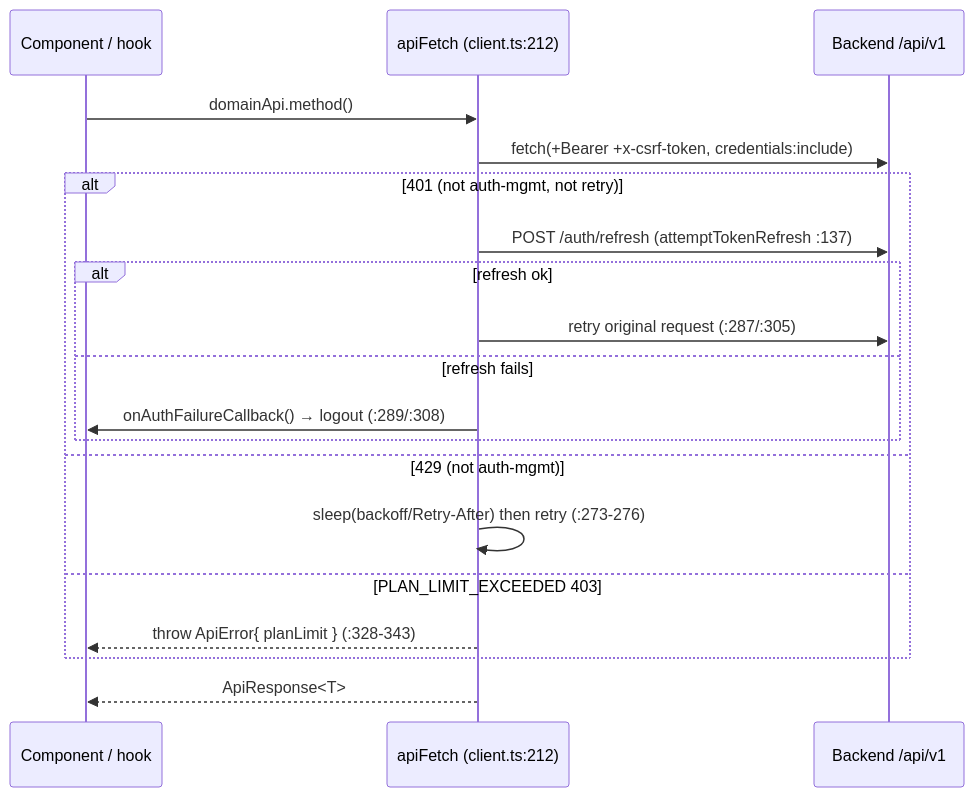
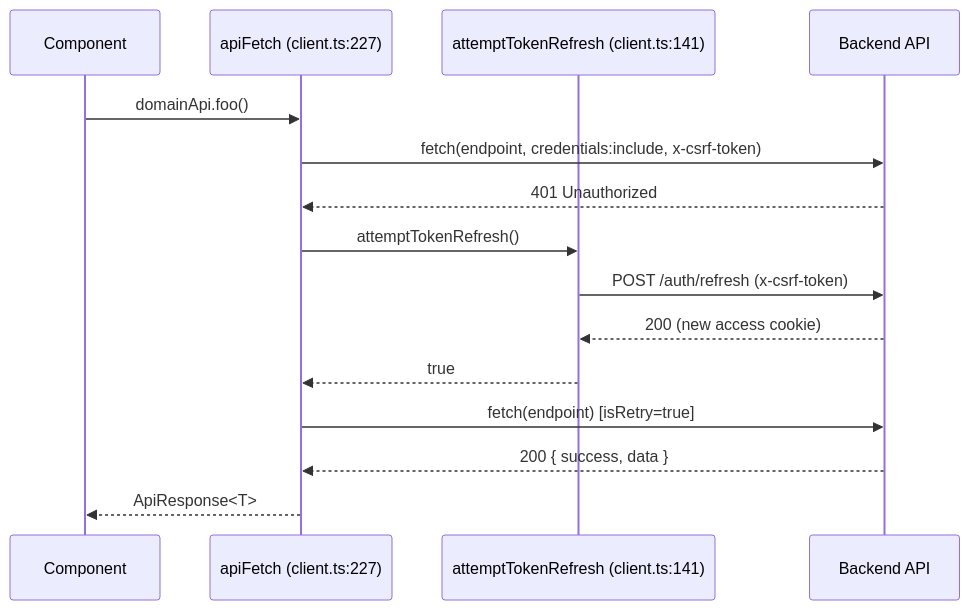
The second of 2 diagrams in New Project Documents/FRONTEND_MAP.md (breilly1296/OwnMyHealth-Claude), drawn with Mermaid before and after one commit. The commit also changed other lines of this file and 146 other files, not shown here.

````diff
--- a/New Project Documents/FRONTEND_MAP.md
+++ b/New Project Documents/FRONTEND_MAP.md
@@ -401,21 +442,17 @@
 ```mermaid
 sequenceDiagram
-  participant Cmp as Component / hook
-  participant F as apiFetch (client.ts:212)
-  participant API as Backend /api/v1
-  Cmp->>F: domainApi.method()
-  F->>API: fetch(+Bearer +x-csrf-token, credentials:include)
-  alt 401 (not auth-mgmt, not retry)
-    F->>API: POST /auth/refresh (attemptTokenRefresh :137)
-    alt refresh ok
-      F->>API: retry original request (:287/:305)
-    else refresh fails
-      F->>Cmp: onAuthFailureCallback() → logout (:289/:308)
-    end
-  else 429 (not auth-mgmt)
-    F->>F: sleep(backoff/Retry-After) then retry (:273-276)
-  else PLAN_LIMIT_EXCEEDED 403
-    F-->>Cmp: throw ApiError{ planLimit } (:328-343)
-  end
-  F-->>Cmp: ApiResponse<T>
+  participant C as Component
+  participant A as apiFetch (client.ts:227)
+  participant R as attemptTokenRefresh (client.ts:141)
+  participant S as Backend API
+  C->>A: domainApi.foo()
+  A->>S: fetch(endpoint, credentials:include, x-csrf-token)
+  S-->>A: 401 Unauthorized
+  A->>R: attemptTokenRefresh()
+  R->>S: POST /auth/refresh (x-csrf-token)
+  S-->>R: 200 (new access cookie)
+  R-->>A: true
+  A->>S: fetch(endpoint) [isRetry=true]
+  S-->>A: 200 { success, data }
+  A-->>C: ApiResponse<T>
 ```
````
